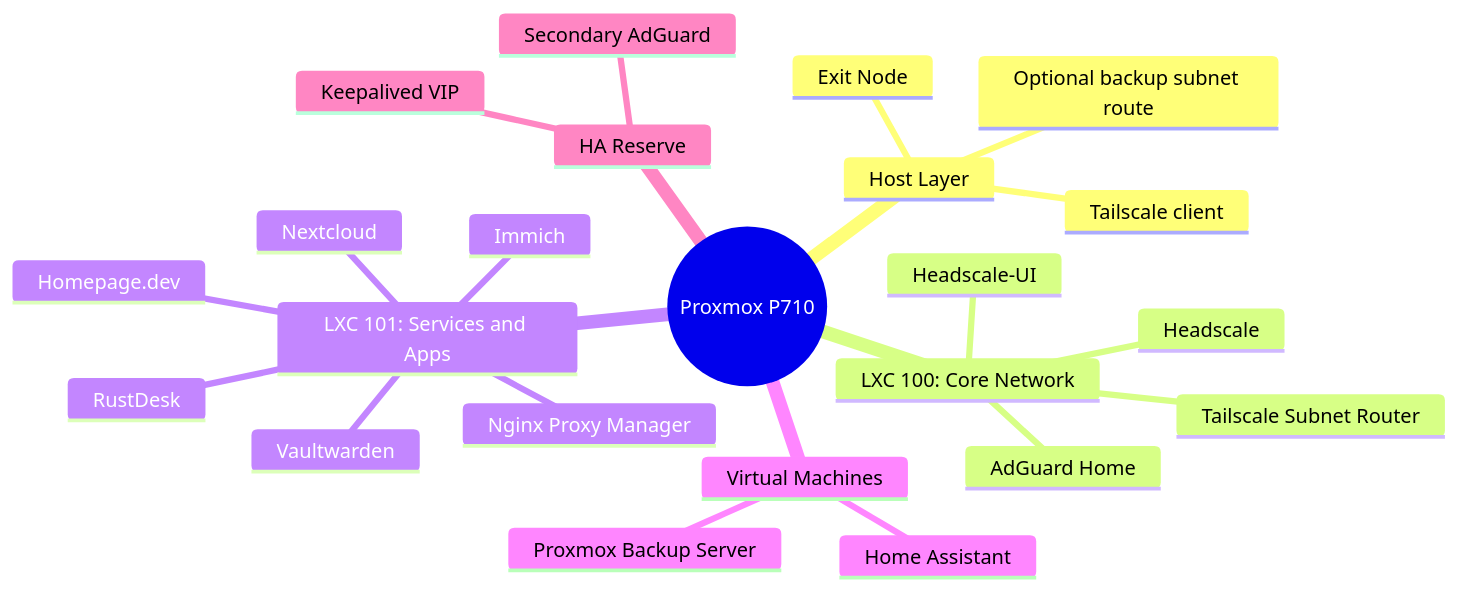
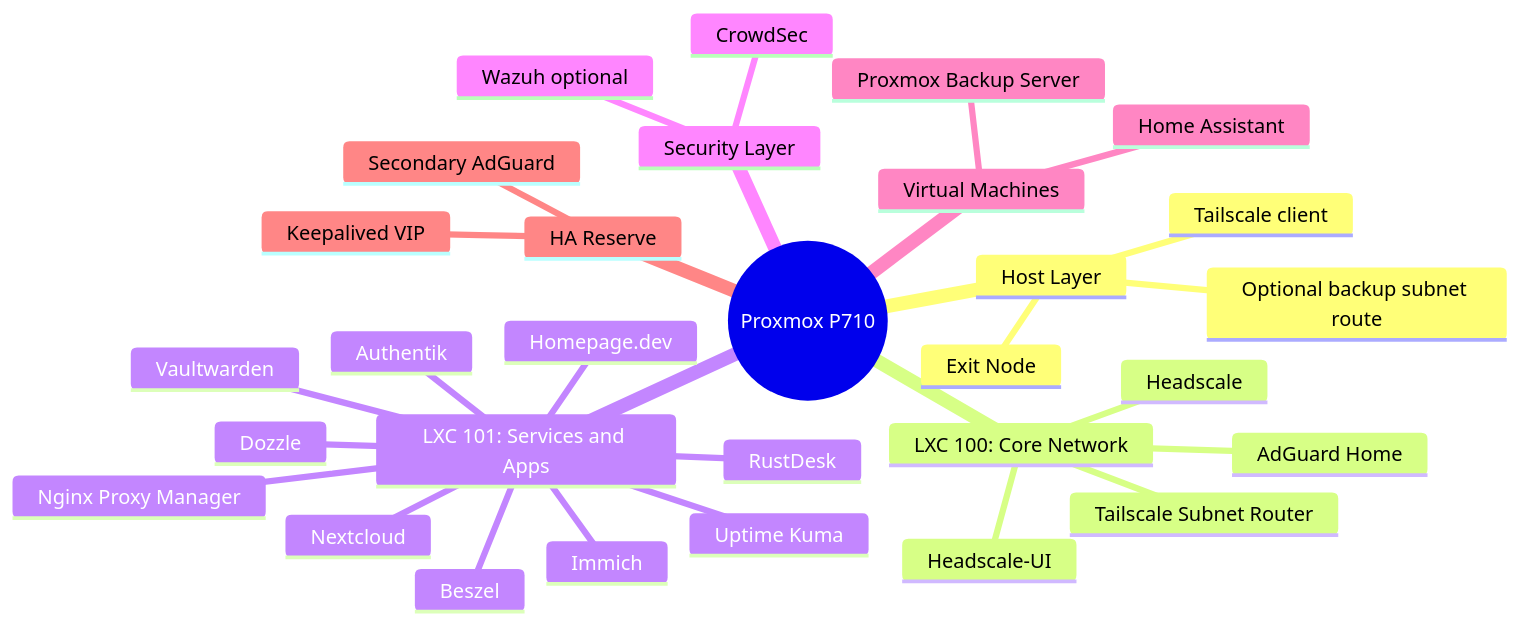
The second of 2 diagrams in docs/infrastructure_plan_and_map.md (Mohamed-DN/Sovereign-Homelab), drawn with Mermaid before and after one commit. The commit also changed other lines of this file and 26 other files, not shown here.

Commit message:
docs: add high-level homelab roadmap and stacks

````diff
--- a/docs/infrastructure_plan_and_map.md
+++ b/docs/infrastructure_plan_and_map.md
@@ -45,26 +49,33 @@
 ```mermaid
 mindmap
   root((Proxmox P710))
     Host Layer
       Tailscale client
       Exit Node
       Optional backup subnet route
     LXC 100: Core Network
       AdGuard Home
       Headscale
       Headscale-UI
       Tailscale Subnet Router
     LXC 101: Services and Apps
       Nginx Proxy Manager
+      Authentik
+      Homepage.dev
+      Uptime Kuma
+      Beszel
+      Dozzle
       Vaultwarden
       Immich
       Nextcloud
-      Homepage.dev
       RustDesk
+    Security Layer
+      CrowdSec
+      Wazuh optional
     Virtual Machines
       Proxmox Backup Server
       Home Assistant
     HA Reserve
       Secondary AdGuard
       Keepalived VIP
 ```
````
